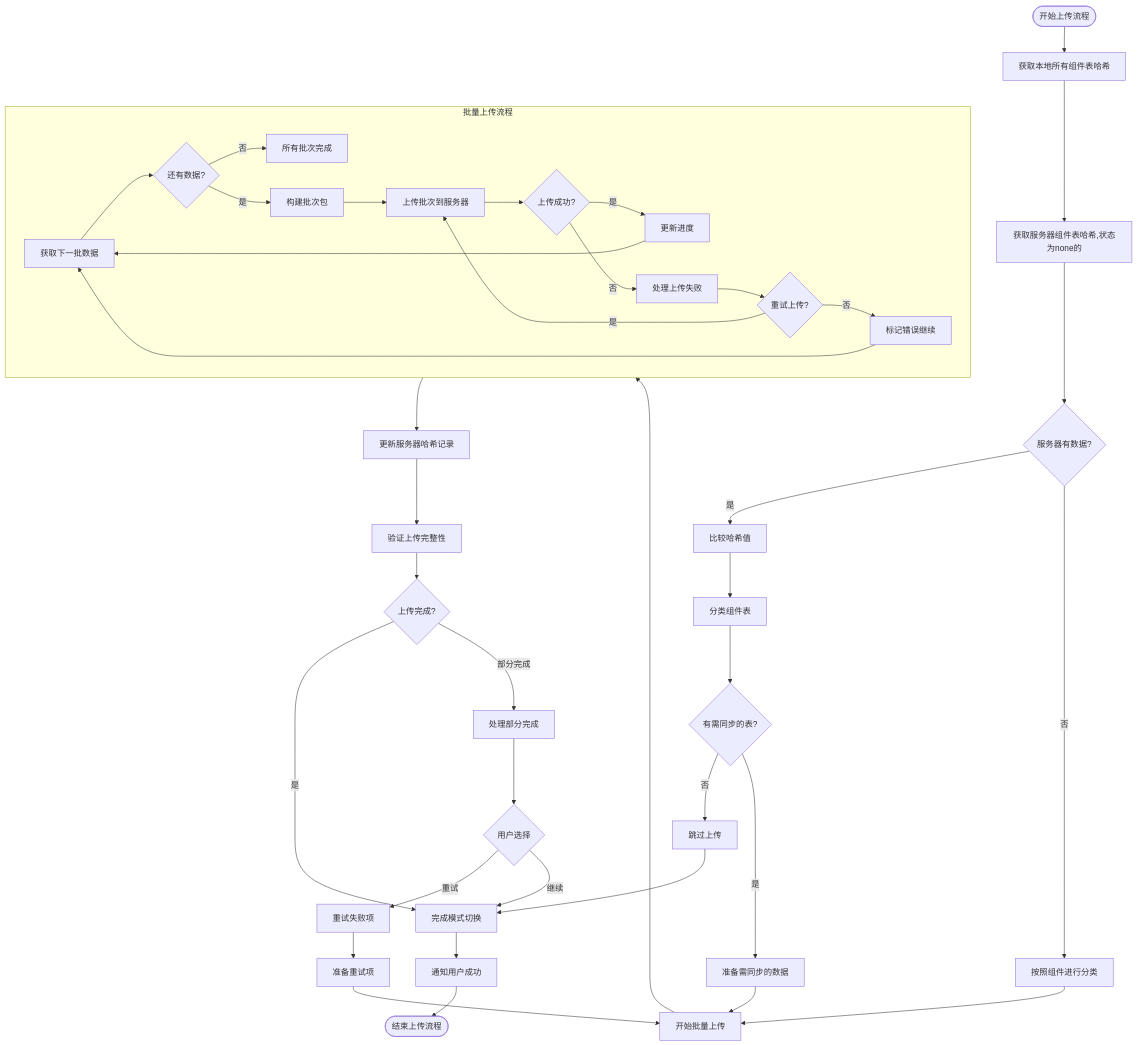
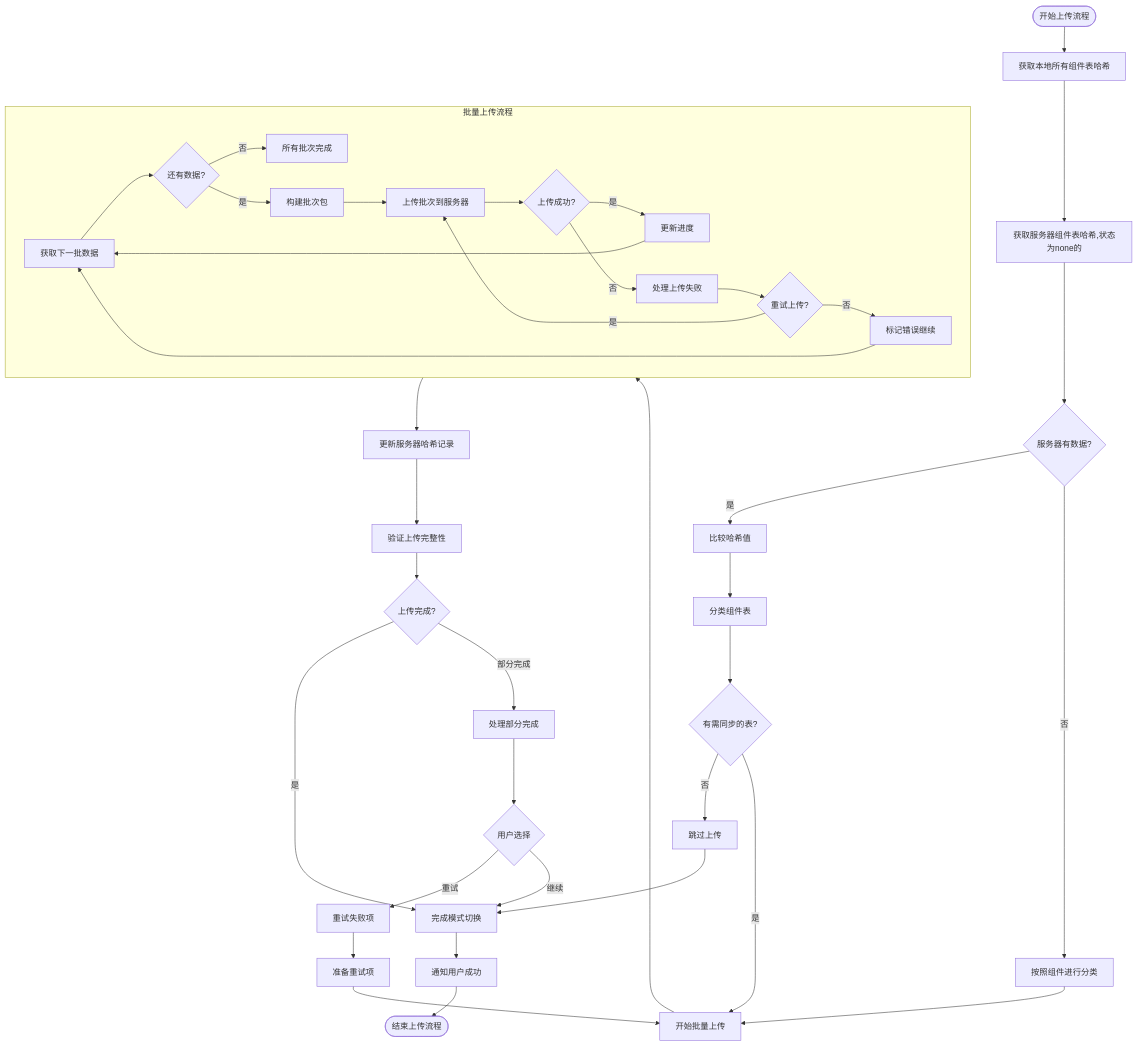
One commit to yingjianzh/iodraw-files changed the diagram in all/未命名-50.md. Above: the diagram before and after it, drawn with Mermaid.

Commit message:
2025-05-08 17:12:43 update

````diff
--- a/all/未命名-50.md
+++ b/all/未命名-50.md
@@ -1,56 +1,53 @@
 ```mermaid
 flowchart TD
     Start([开始上传流程]) --> CollectLocalHashes[获取本地所有组件表哈希]
     CollectLocalHashes --> FetchServerHashes[获取服务器组件表哈希,状态为none的]
     
     FetchServerHashes --> ServerHasData{服务器有数据?}
     
     ServerHasData -->|是| CompareHashes[比较哈希值]
     ServerHasData -->|否| ClassifyTables2[按照组件进行分类]
     ClassifyTables2 --> StartBatching[开始批量上传]
     
     CompareHashes --> ClassifyTables[分类组件表]
     ClassifyTables --> HasChanges{有需同步的表?}
     
     HasChanges -->|否| SkipUpload[跳过上传]
-    HasChanges -->|是| PrepareChangedData[准备需同步的数据]
-    
-    
-    PrepareChangedData --> StartBatching
+    HasChanges -->|是| StartBatching
     
     subgraph BatchUpload [批量上传流程]
         B1[获取下一批数据] --> B2{还有数据?}
         B2 -->|否| BatchesComplete[所有批次完成]
         B2 -->|是| B3[构建批次包]
         B3 --> B4[上传批次到服务器]
         B4 --> B5{上传成功?}
         B5 -->|是| B6[更新进度]
         B5 -->|否| B7[处理上传失败]
         B7 --> B8{重试上传?}
         B8 -->|是| B4
         B8 -->|否| B9[标记错误继续]
         B6 --> B1
         B9 --> B1
     end
     
     StartBatching --> BatchUpload
     
     BatchUpload --> UpdateServerHashes[更新服务器哈希记录]
     UpdateServerHashes --> VerifyUpload[验证上传完整性]
     
     VerifyUpload --> UploadComplete{上传完成?}
     UploadComplete -->|是| FinalizeMode[完成模式切换]
     UploadComplete -->|部分完成| HandlePartial[处理部分完成]
     
     HandlePartial --> UserChoice{用户选择}
     UserChoice -->|重试| RetryFailed[重试失败项]
     UserChoice -->|继续| FinalizeMode
     
     RetryFailed --> PrepareRetry[准备重试项]
     PrepareRetry --> StartBatching
     
     FinalizeMode --> NotifySuccess[通知用户成功]
     NotifySuccess --> End([结束上传流程])
     
     SkipUpload --> FinalizeMode
 ```
````
